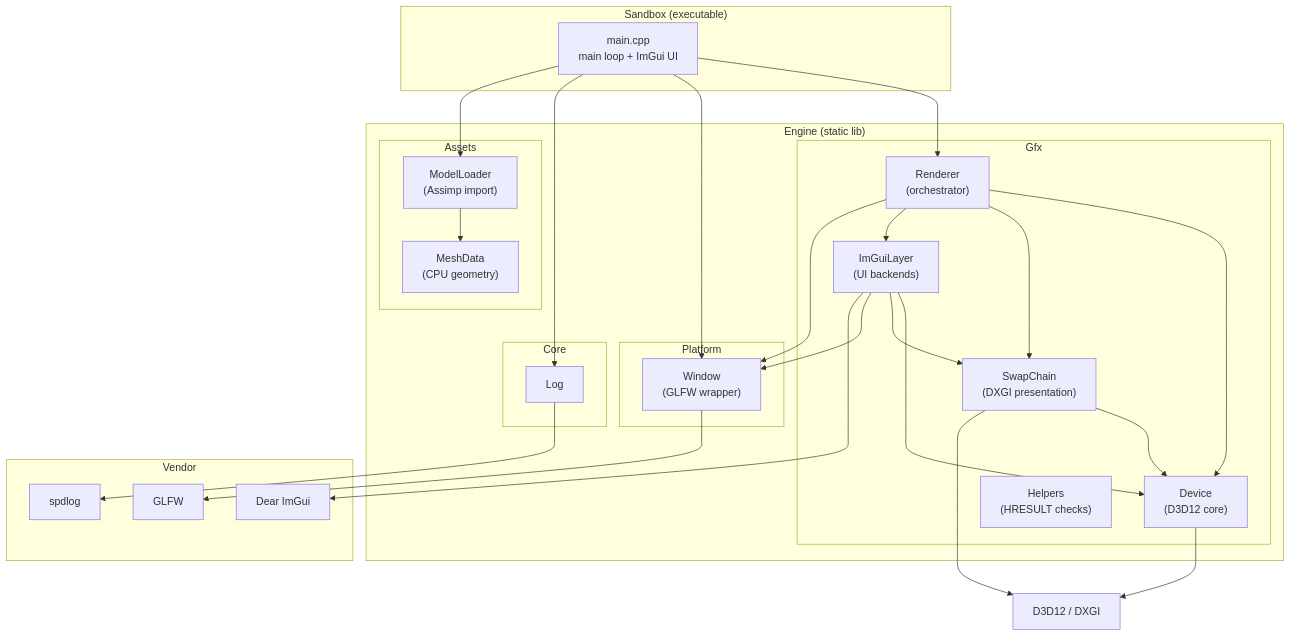
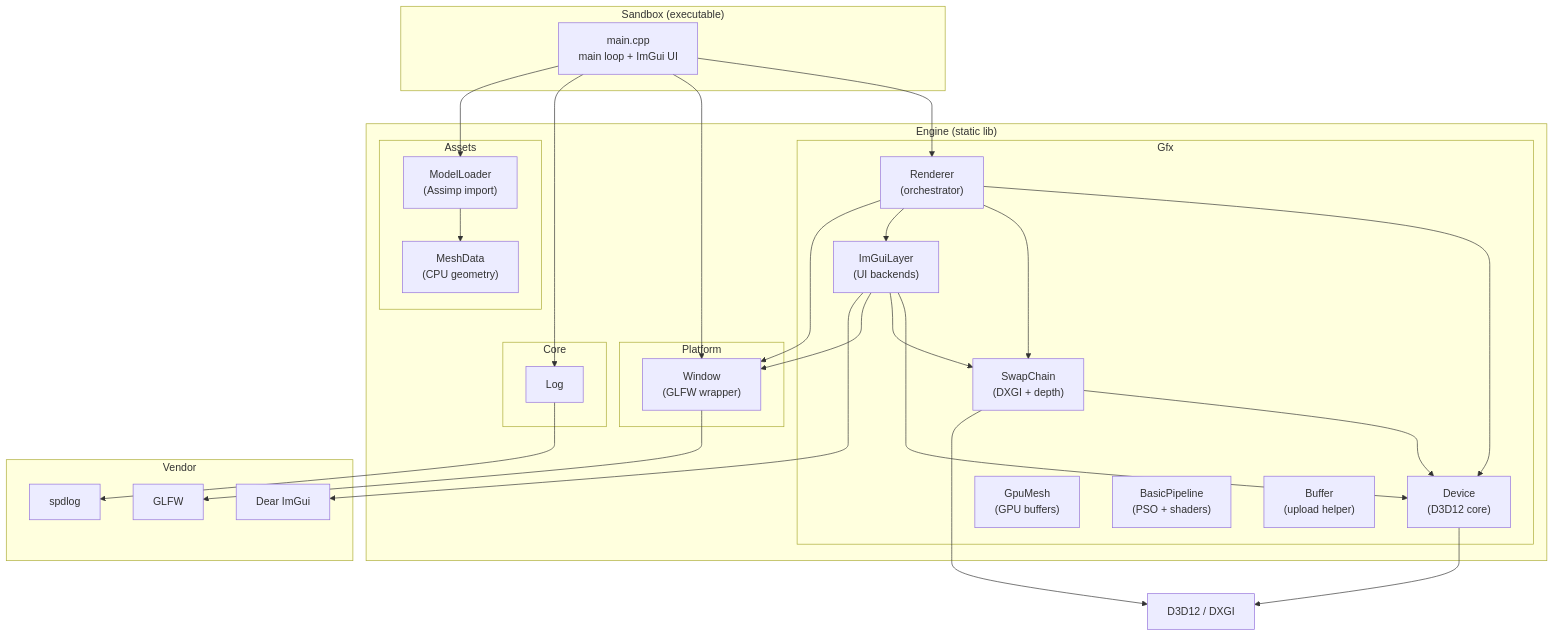
The first of 4 diagrams in docs/ARCHITECTURE.md (RomanovV/SummerEngine), drawn with Mermaid before and after one commit. The commit also changed other lines of this file and 17 other files, not shown here.

First line of the commit message:
Add GPU mesh rendering with DXC shaders and depth buffer (Step 7).

````diff
--- a/docs/ARCHITECTURE.md
+++ b/docs/ARCHITECTURE.md
@@ -35,58 +35,60 @@
 ```mermaid
 graph TB
     subgraph Sandbox["Sandbox (executable)"]
         Main["main.cpp<br/>main loop + ImGui UI"]
     end
 
     subgraph Engine["Engine (static lib)"]
         subgraph Core["Core"]
             Log["Log"]
         end
 
         subgraph Platform["Platform"]
             Window["Window<br/>(GLFW wrapper)"]
         end
 
         subgraph Gfx["Gfx"]
             Renderer["Renderer<br/>(orchestrator)"]
             Device["Device<br/>(D3D12 core)"]
-            SwapChain["SwapChain<br/>(DXGI presentation)"]
+            SwapChain["SwapChain<br/>(DXGI + depth)"]
             ImGuiLayer["ImGuiLayer<br/>(UI backends)"]
-            Helpers["Helpers<br/>(HRESULT checks)"]
+            GpuMesh["GpuMesh<br/>(GPU buffers)"]
+            BasicPipeline["BasicPipeline<br/>(PSO + shaders)"]
+            Buffer["Buffer<br/>(upload helper)"]
         end
 
         subgraph Assets["Assets"]
             ModelLoader["ModelLoader<br/>(Assimp import)"]
             MeshData["MeshData<br/>(CPU geometry)"]
         end
     end
 
     subgraph Vendor["Vendor"]
         GLFW["GLFW"]
         ImGui["Dear ImGui"]
         SPDLOG["spdlog"]
     end
 
     Main --> Renderer
     Main --> Window
     Main --> Log
     Main --> ModelLoader
 
     ModelLoader --> MeshData
 
     Renderer --> Device
     Renderer --> SwapChain
     Renderer --> ImGuiLayer
     Renderer --> Window
 
     SwapChain --> Device
     ImGuiLayer --> Device
     ImGuiLayer --> SwapChain
     ImGuiLayer --> Window
 
     Window --> GLFW
     ImGuiLayer --> ImGui
     Log --> SPDLOG
     Device --> D3D12["D3D12 / DXGI"]
     SwapChain --> D3D12
 ```
````
